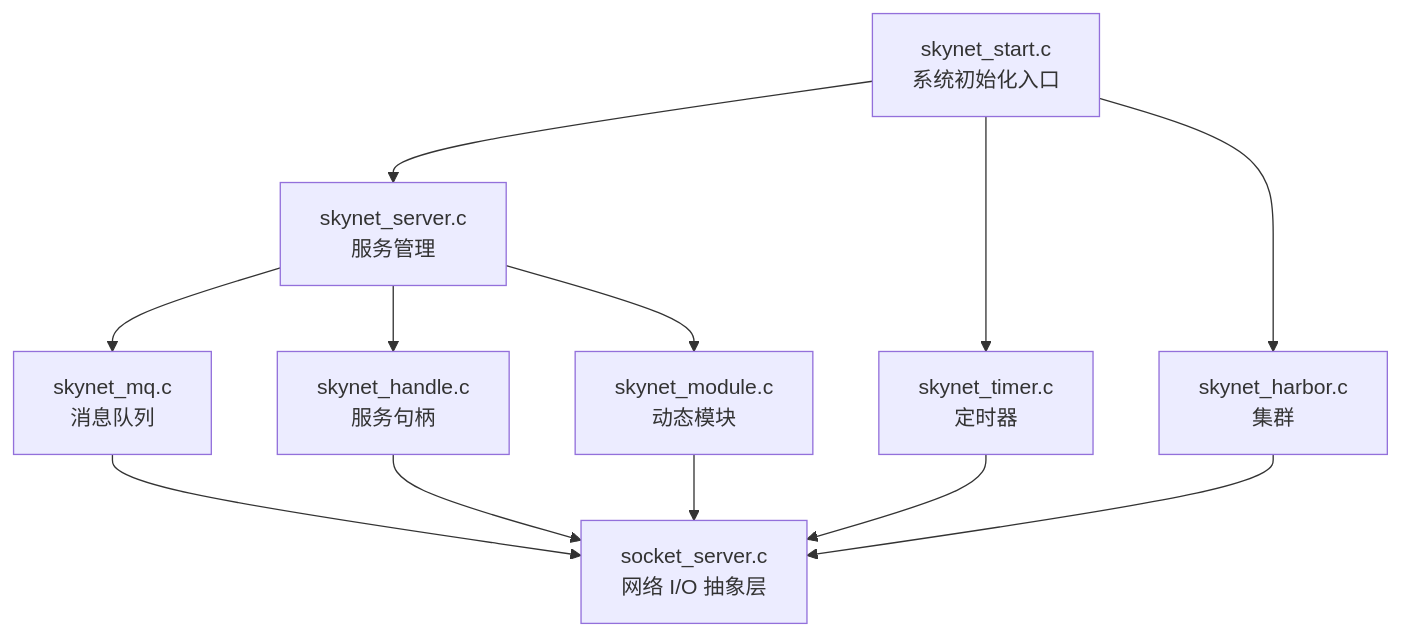
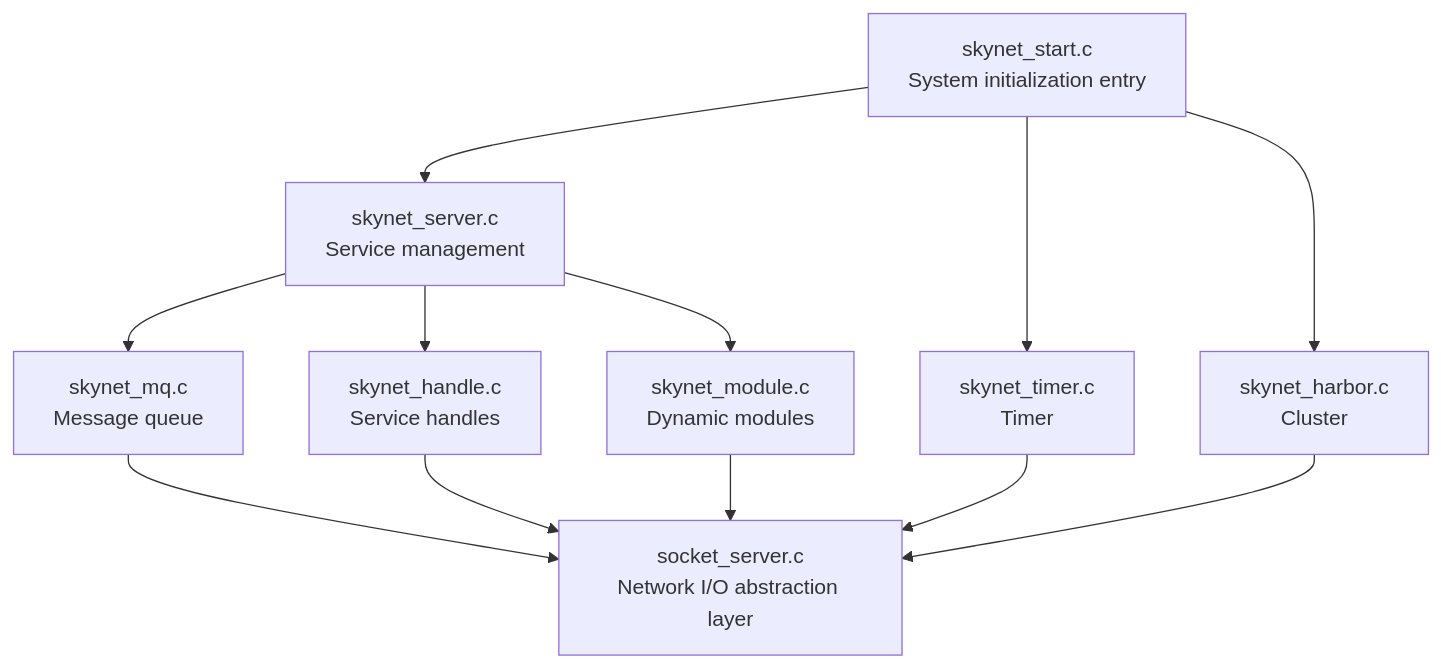
Before and after one commit to cuihairu/skynet: the first of 3 diagrams in docs/analysis/core-modules.md, drawn with Mermaid. The commit also changed other lines of this file and 86 other files, not shown here.

````diff
--- a/docs/analysis/core-modules.md
+++ b/docs/analysis/core-modules.md
@@ -7,19 +7,19 @@
 ```mermaid
 graph TB
-    Start[skynet_start.c<br/>系统初始化入口]
-    
-    Start --> Server[skynet_server.c<br/>服务管理]
-    Start --> Timer[skynet_timer.c<br/>定时器]
-    Start --> Harbor[skynet_harbor.c<br/>集群]
-    
-    Server --> MQ[skynet_mq.c<br/>消息队列]
-    Server --> Handle[skynet_handle.c<br/>服务句柄]
-    Server --> Module[skynet_module.c<br/>动态模块]
-    
-    MQ --> Socket[socket_server.c<br/>网络 I/O 抽象层]
+    Start[skynet_start.c<br/>System initialization entry]
+
+    Start --> Server[skynet_server.c<br/>Service management]
+    Start --> Timer[skynet_timer.c<br/>Timer]
+    Start --> Harbor[skynet_harbor.c<br/>Cluster]
+
+    Server --> MQ[skynet_mq.c<br/>Message queue]
+    Server --> Handle[skynet_handle.c<br/>Service handles]
+    Server --> Module[skynet_module.c<br/>Dynamic modules]
+
+    MQ --> Socket[socket_server.c<br/>Network I/O abstraction layer]
     Handle --> Socket
     Module --> Socket
-    
+
     Timer --> Socket
     Harbor --> Socket
 ```
````
